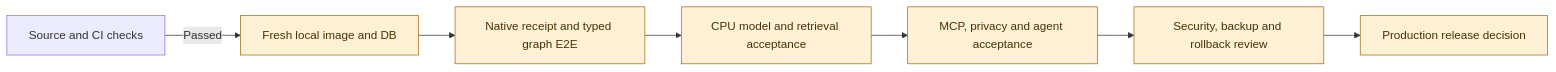
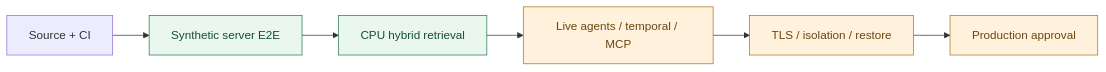
One commit to alirzx/Soorin_Bidirectional_Temporal_Knowledge_Graph changed the second of 2 diagrams in README.md. Above: the diagram before and after it, drawn with Mermaid. The commit also changed other lines of this file and 1 other file, not shown here.

Commit message:
docs(readme): update verified SOC architecture and qualification gates

````diff
--- a/README.md
+++ b/README.md
@@ -227,11 +237,12 @@
 ```mermaid
 flowchart LR
-    A["Source and CI checks"] -->|Passed| B["Fresh local image and DB"]
-    B --> C["Native receipt and typed graph E2E"]
-    C --> D["CPU model and retrieval acceptance"]
-    D --> E["MCP, privacy and agent acceptance"]
-    E --> F["Security, backup and rollback review"]
-    F --> G["Production release decision"]
-    classDef pending fill:#fff1d6,stroke:#a56c12,color:#473207
-    class B,C,D,E,F,G pending
+    A["Source + CI"] --> B["Synthetic server E2E"]
+    B --> C["CPU hybrid retrieval"]
+    C --> D["Live agents / temporal / MCP"]
+    D --> E["TLS / isolation / restore"]
+    E --> F["Production approval"]
+    classDef pass fill:#e9f7ef,stroke:#267b57,color:#154e38
+    classDef pending fill:#fff1db,stroke:#a77722,color:#6b4712
+    class B,C pass
+    class D,E,F pending
 ```
````
